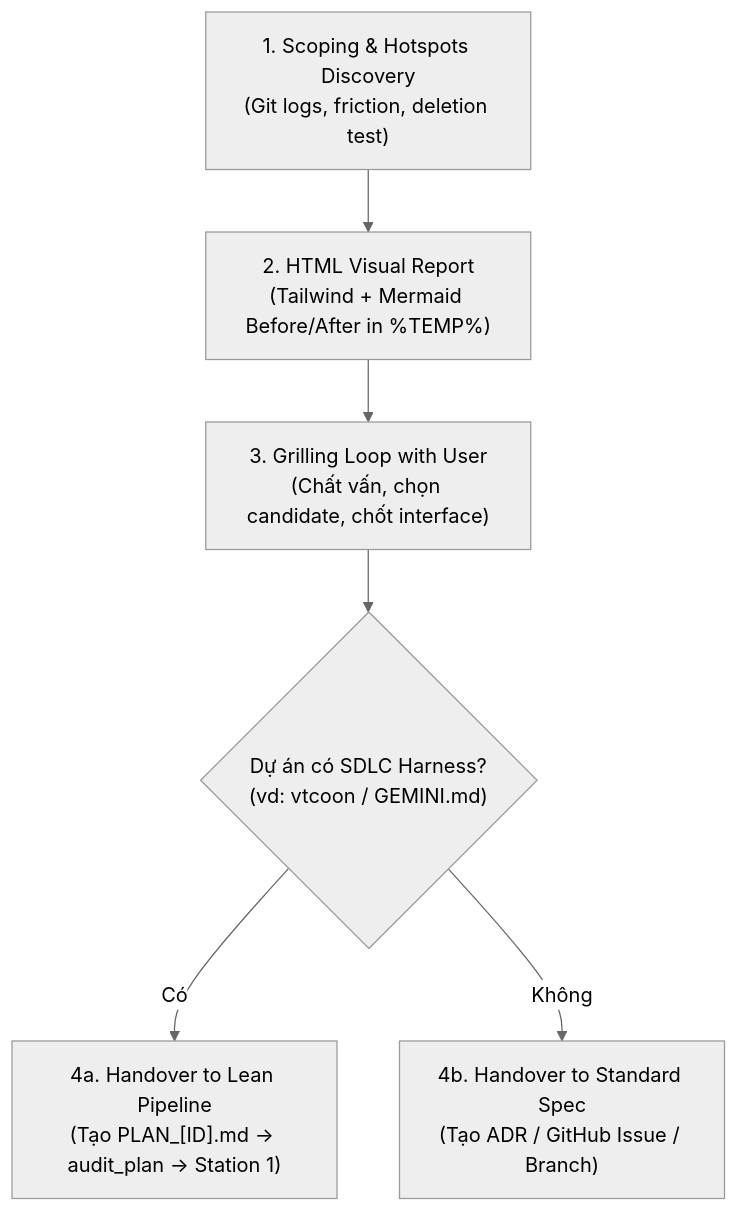
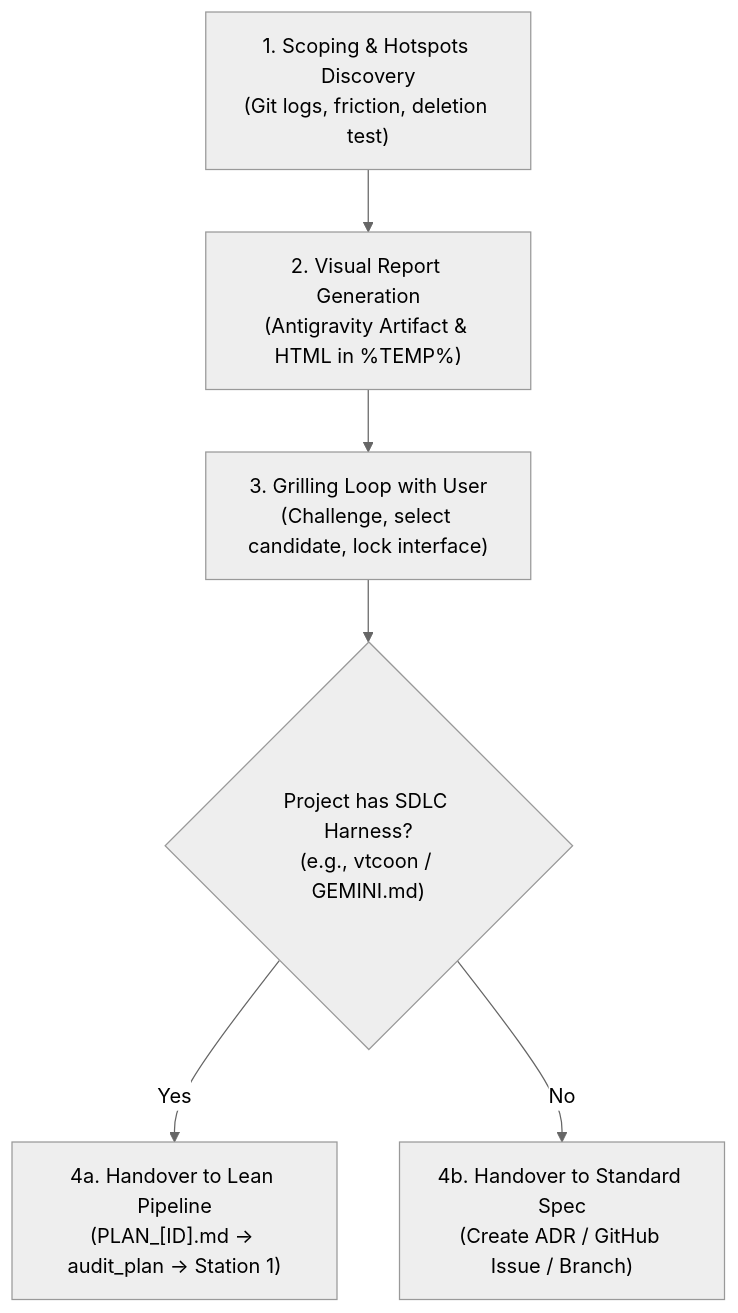
The diagram in .agents/skills/improve-codebase-architecture/SKILL.md (andyandsmoothies-ship-it/vtcoon), drawn with Mermaid (neutral theme) before and after one commit. The commit also changed other lines of this file and 17 other files, not shown here.

````diff
--- a/.agents/skills/improve-codebase-architecture/SKILL.md
+++ b/.agents/skills/improve-codebase-architecture/SKILL.md
@@ -41,8 +41,8 @@
 ```mermaid
 flowchart TD
-    A["1. Scoping & Hotspots Discovery<br/>(Git logs, friction, deletion test)"] --> B["2. HTML Visual Report<br/>(Tailwind + Mermaid Before/After in %TEMP%)"]
-    B --> C["3. Grilling Loop with User<br/>(Chất vấn, chọn candidate, chốt interface)"]
-    C --> D{"Dự án có SDLC Harness?<br/>(vd: vtcoon / GEMINI.md)"}
-    D -- Có --> E["4a. Handover to Lean Pipeline<br/>(Tạo PLAN_[ID].md -> audit_plan -> Station 1)"]
-    D -- Không --> F["4b. Handover to Standard Spec<br/>(Tạo ADR / GitHub Issue / Branch)"]
+    A["1. Scoping & Hotspots Discovery<br/>(Git logs, friction, deletion test)"] --> B["2. Visual Report Generation<br/>(Antigravity Artifact & HTML in %TEMP%)"]
+    B --> C["3. Grilling Loop with User<br/>(Challenge, select candidate, lock interface)"]
+    C --> D{"Project has SDLC Harness?<br/>(e.g., vtcoon / GEMINI.md)"}
+    D -- Yes --> E["4a. Handover to Lean Pipeline<br/>(PLAN_[ID].md -> audit_plan -> Station 1)"]
+    D -- No --> F["4b. Handover to Standard Spec<br/>(Create ADR / GitHub Issue / Branch)"]
 ```
````
